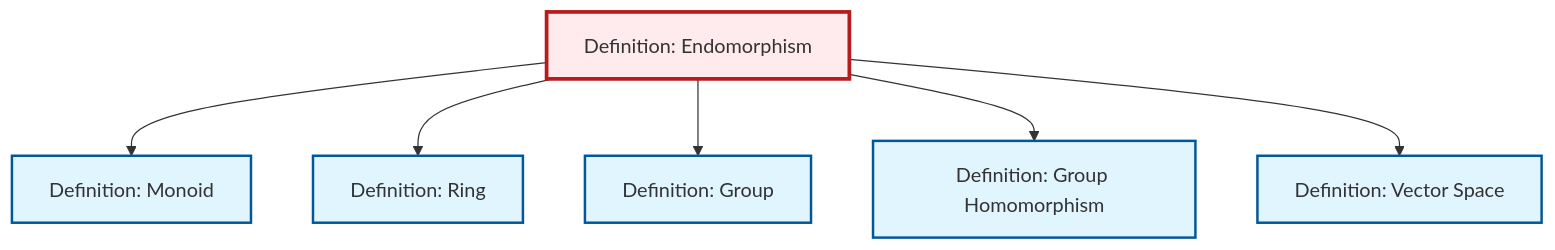
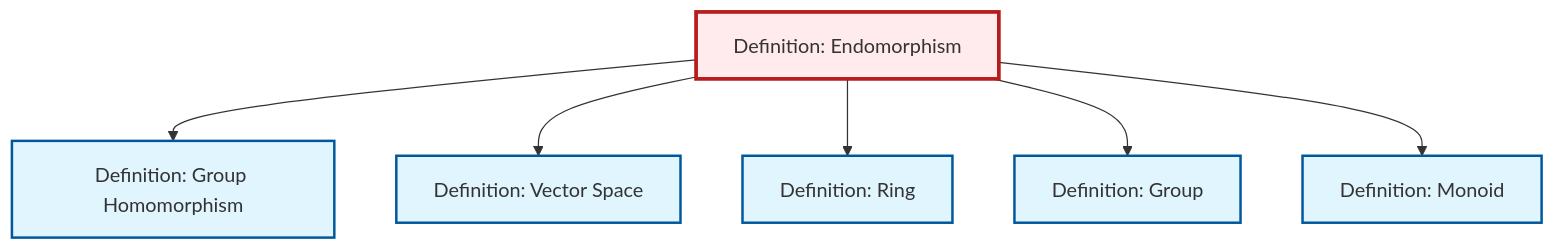
Before and after one commit to RK0429/ModernMath: the diagram in output/mermaid/en/def-endomorphism.mermaid, drawn with Mermaid. The commit also changed other lines of this file and 3096 other files, not shown here.

```diff
--- a/output/mermaid/en/def-endomorphism.mermaid
+++ b/output/mermaid/en/def-endomorphism.mermaid
@@ -1,19 +1,19 @@
 %%| fig-cap: "Local dependency graph"
 graph TD
     classDef definition fill:#e1f5fe,stroke:#01579b,stroke-width:2px
     classDef theorem fill:#f3e5f5,stroke:#4a148c,stroke-width:2px
     classDef axiom fill:#fff3e0,stroke:#e65100,stroke-width:2px
     classDef example fill:#e8f5e9,stroke:#1b5e20,stroke-width:2px
     classDef current fill:#ffebee,stroke:#b71c1c,stroke-width:3px
-    def-homomorphism["Definition: Group Homomorphism"]:::definition
+    def-group["Definition: Group"]:::definition
     def-monoid["Definition: Monoid"]:::definition
     def-endomorphism["Definition: Endomorphism"]:::definition
+    def-ring["Definition: Ring"]:::definition
+    def-homomorphism["Definition: Group Homomorphism"]:::definition
     def-vector-space["Definition: Vector Space"]:::definition
-    def-group["Definition: Group"]:::definition
-    def-ring["Definition: Ring"]:::definition
-    def-endomorphism --> def-monoid
+    def-endomorphism --> def-homomorphism
+    def-endomorphism --> def-vector-space
     def-endomorphism --> def-ring
     def-endomorphism --> def-group
-    def-endomorphism --> def-homomorphism
-    def-endomorphism --> def-vector-space
+    def-endomorphism --> def-monoid
     class def-endomorphism current
```
